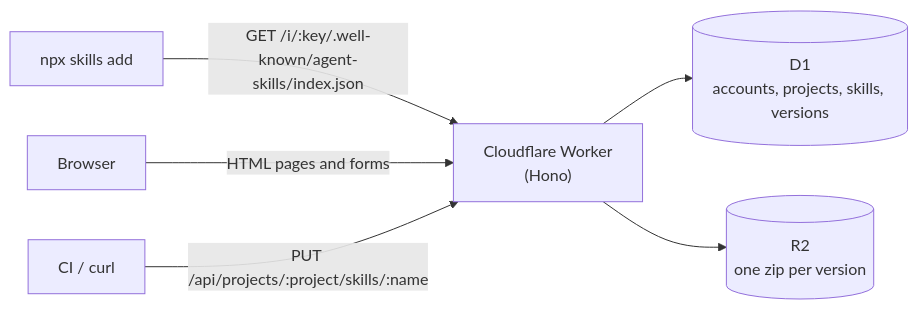
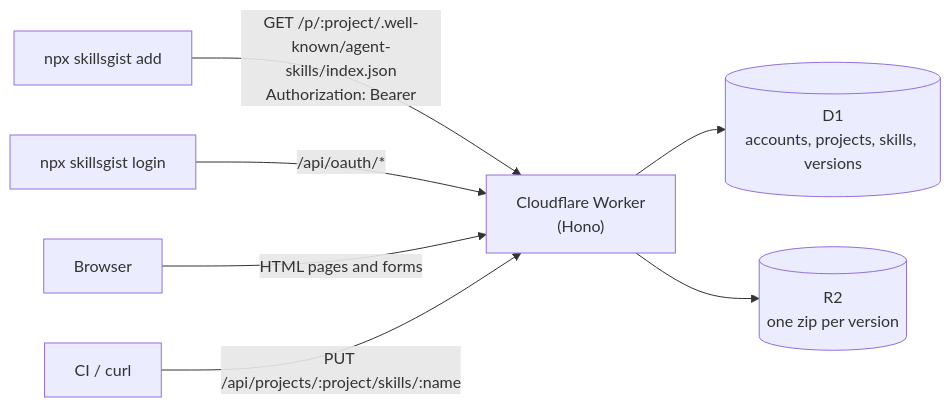
One commit to Qsnh/skillsgist changed the diagram in README.md. Above: the diagram before and after it, drawn with Mermaid. The commit also changed other lines of this file and 3 other files, not shown here.

````diff
--- a/README.md
+++ b/README.md
@@ -168,8 +192,9 @@
 ```mermaid
 flowchart LR
-  cli["npx skills add"] -- "GET /i/:key/.well-known/agent-skills/index.json" --> worker
+  cli["npx skillsgist add"] -- "GET /p/:project/.well-known/agent-skills/index.json\nAuthorization: Bearer" --> worker
+  login["npx skillsgist login"] -- "/api/oauth/*" --> worker
   browser["Browser"] -- "HTML pages and forms" --> worker
   ci["CI / curl"] -- "PUT /api/projects/:project/skills/:name" --> worker
   worker["Cloudflare Worker<br/>(Hono)"] --> d1[("D1<br/>accounts, projects, skills, versions")]
   worker --> r2[("R2<br/>one zip per version")]
 ```
````
